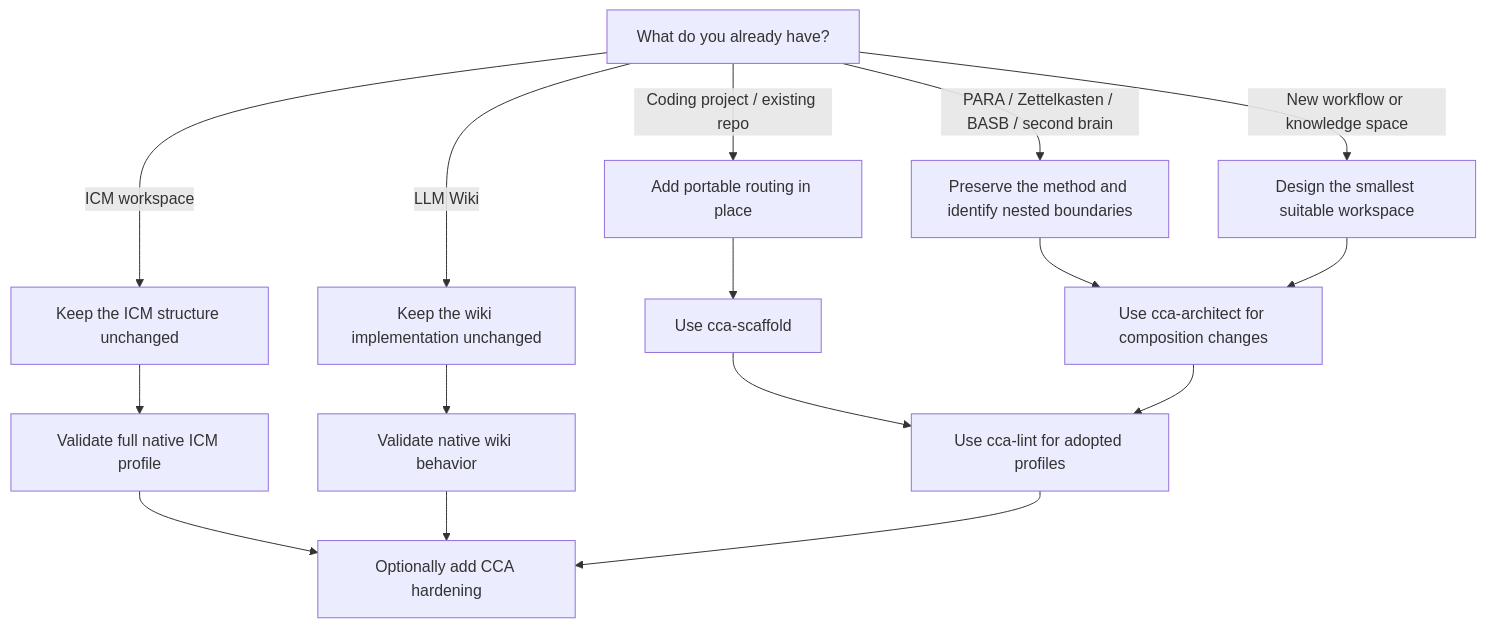
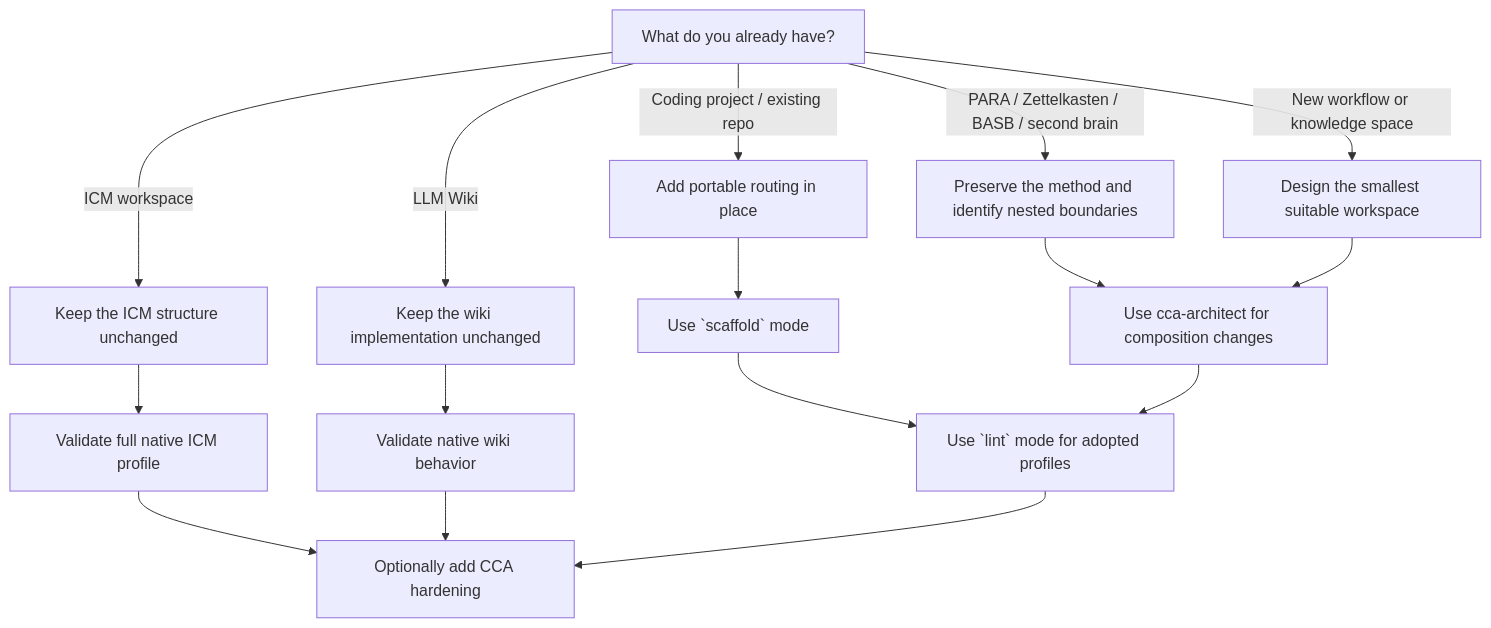
The first of 3 diagrams in docs/getting-started.md (yonasuriv/CCA), drawn with Mermaid before and after one commit. The commit also changed other lines of this file and 45 other files, not shown here.

````diff
--- a/docs/getting-started.md
+++ b/docs/getting-started.md
@@ -9,21 +9,21 @@
 ```mermaid
 flowchart TD
     A["What do you already have?"]
     A -->|"ICM workspace"| B["Keep the ICM structure unchanged"]
     A -->|"LLM Wiki"| C["Keep the wiki implementation unchanged"]
     A -->|"PARA / Zettelkasten / BASB / second brain"| P["Preserve the method and identify nested boundaries"]
     A -->|"Coding project / existing repo"| D["Add portable routing in place"]
     A -->|"New workflow or knowledge space"| E["Design the smallest suitable workspace"]
 
     B --> F["Validate full native ICM profile"]
     C --> G["Validate native wiki behavior"]
     P --> I["Use cca-architect for composition changes"]
-    D --> H["Use cca-scaffold"]
+    D --> H["Use `scaffold` mode"]
     E --> I
 
     F --> J["Optionally add CCA hardening"]
     G --> J
-    H --> K["Use cca-lint for adopted profiles"]
+    H --> K["Use `lint` mode for adopted profiles"]
     I --> K
     K --> J
 ```
````
